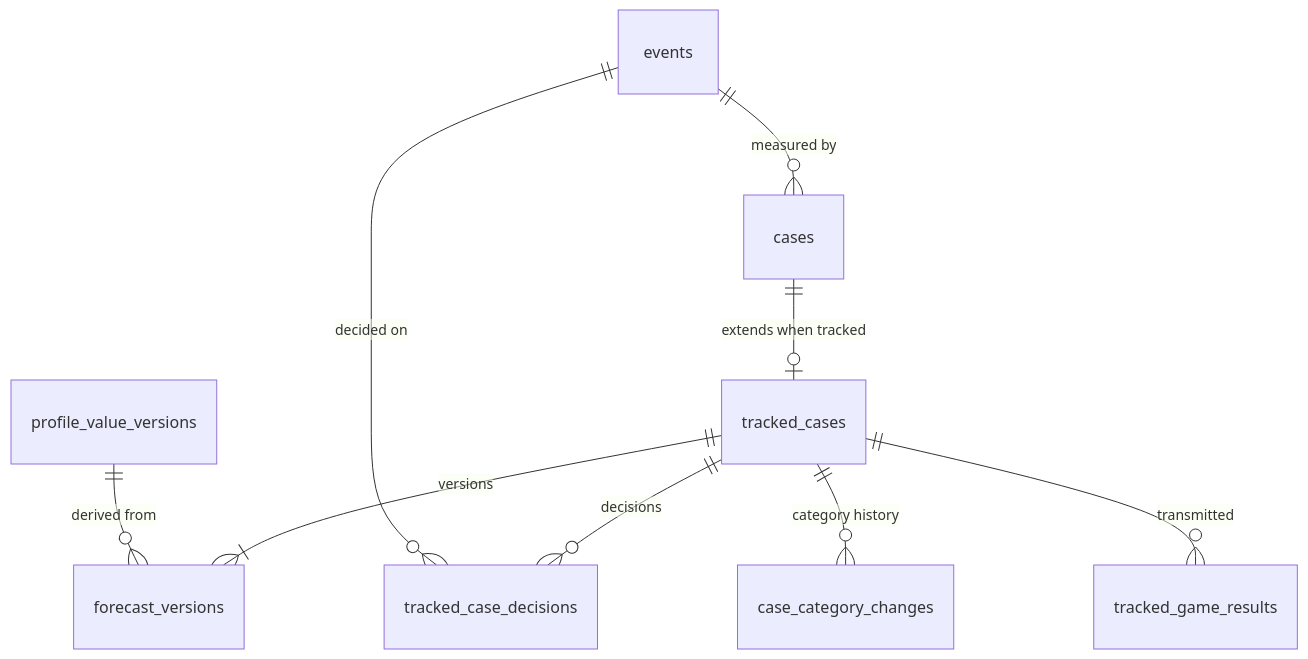
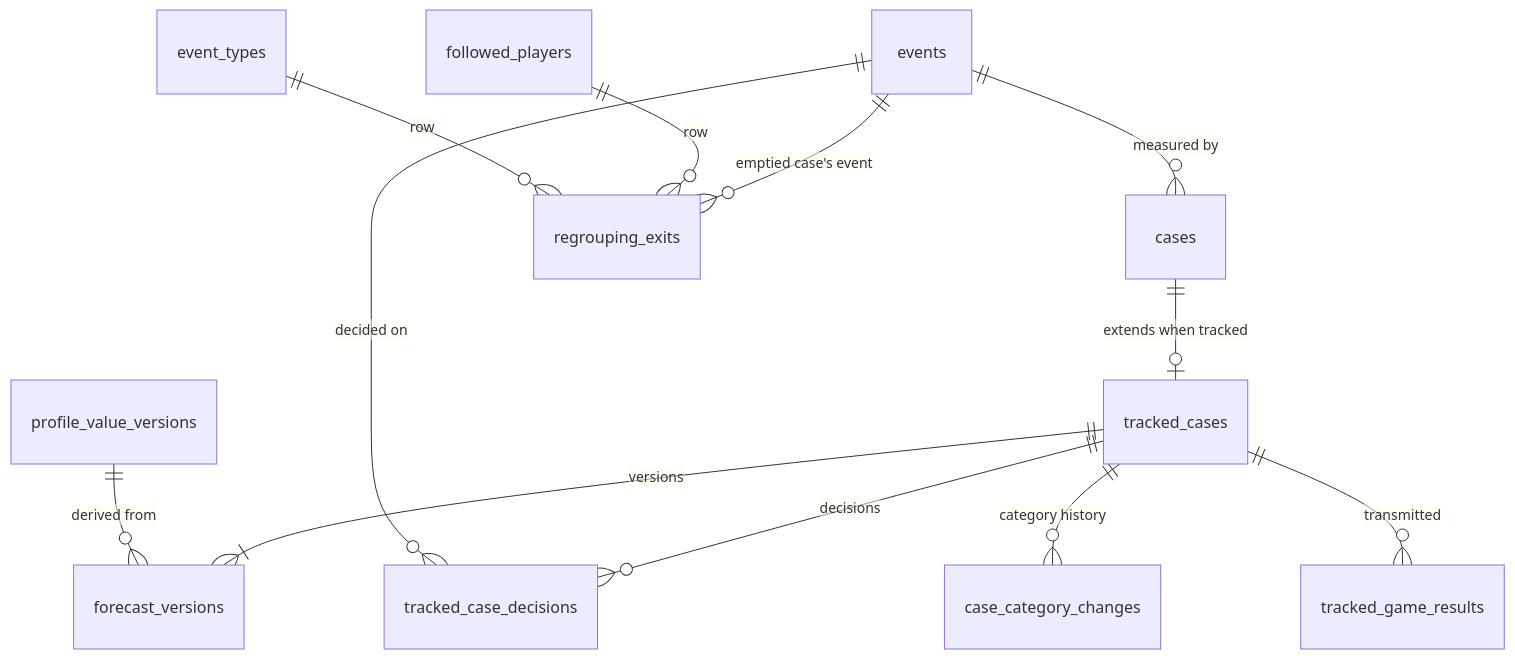
The diagram in docs/engineering/domain-model/tracking-and-validation.md (youtix/egoscope), drawn with Mermaid before and after one commit. The commit also changed other lines of this file and 1 other file, not shown here.

First line of the commit message:
docs: keep a regrouped tracked case visible in the validation table

````diff
--- a/docs/engineering/domain-model/tracking-and-validation.md
+++ b/docs/engineering/domain-model/tracking-and-validation.md
@@ -264,11 +294,14 @@
 ```mermaid
 erDiagram
   cases ||--o| tracked_cases : "extends when tracked"
   tracked_cases ||--|{ forecast_versions : "versions"
   tracked_cases ||--o{ case_category_changes : "category history"
   tracked_cases ||--o{ tracked_game_results : "transmitted"
   tracked_cases ||--o{ tracked_case_decisions : "decisions"
   events ||--o{ tracked_case_decisions : "decided on"
   events ||--o{ cases : "measured by"
   profile_value_versions ||--o{ forecast_versions : "derived from"
+  events ||--o{ regrouping_exits : "emptied case's event"
+  followed_players ||--o{ regrouping_exits : "row"
+  event_types ||--o{ regrouping_exits : "row"
 ```
````
